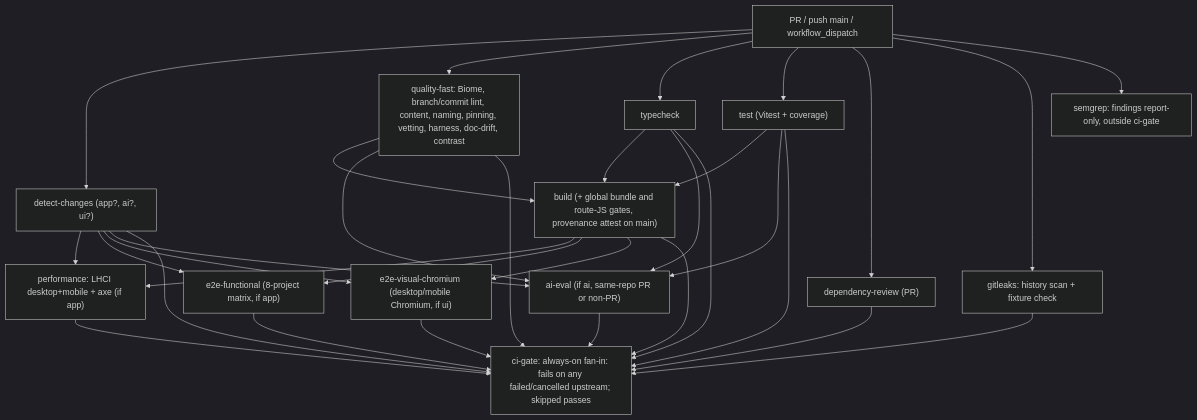
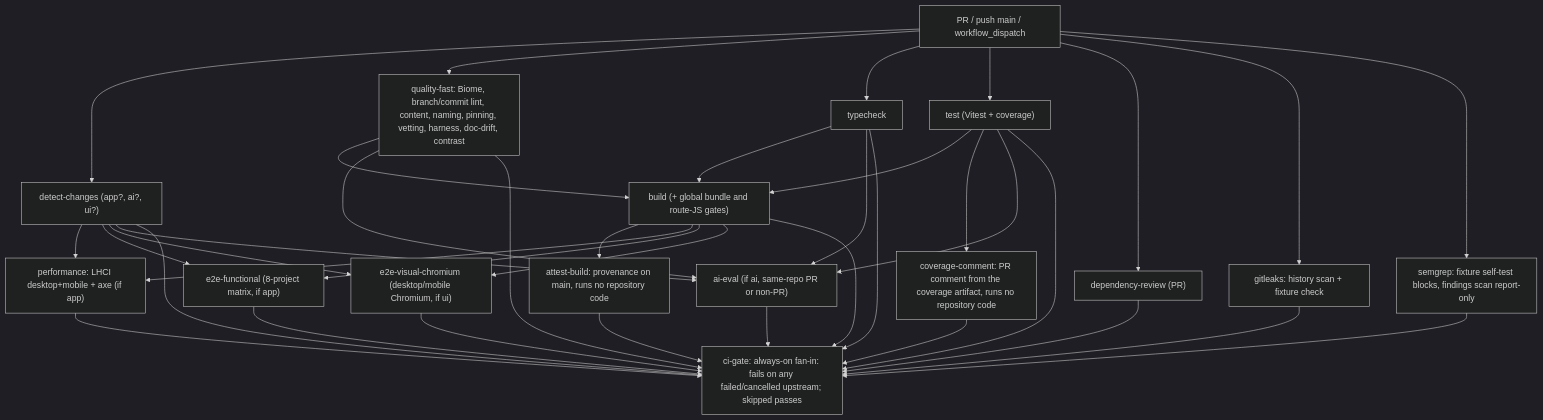
One commit to erikunha/portfolio changed the third of 5 diagrams in docs/07-workflows.md. Above: the diagram before and after it, drawn with Mermaid (dark theme). The commit also changed other lines of this file and 6 other files, not shown here.

First line of the commit message:
ci(workflows): gate on semgrep, split privileged scopes out of build and test, skip Dependabot eval

````diff
--- a/docs/07-workflows.md
+++ b/docs/07-workflows.md
@@ -141,35 +141,40 @@
 ```mermaid
 flowchart TD
     pr["PR / push main / workflow_dispatch"] --> dc["detect-changes (app?, ai?, ui?)"]
     pr --> qf["quality-fast: Biome, branch/commit lint, content, naming, pinning, vetting, harness, doc-drift, contrast"]
     pr --> tc["typecheck"]
     pr --> t["test (Vitest + coverage)"]
     pr --> dr["dependency-review (PR)"]
-    qf --> b["build (+ global bundle and route-JS gates, provenance attest on main)"]
+    qf --> b["build (+ global bundle and route-JS gates)"]
     tc --> b
     t --> b
+    b --> at["attest-build: provenance on main, runs no repository code"]
+    t --> cc["coverage-comment: PR comment from the coverage artifact, runs no repository code"]
     b --> perf["performance: LHCI desktop+mobile + axe (if app)"]
     b --> e2e["e2e-functional (8-project matrix, if app)"]
     b --> vis["e2e-visual-chromium (desktop/mobile Chromium, if ui)"]
     dc --> perf
     dc --> e2e
     dc --> vis
     dc --> ev["ai-eval (if ai, same-repo PR or non-PR)"]
     qf --> ev
     tc --> ev
     t --> ev
     pr --> secrets["gitleaks: history scan + fixture check"]
     secrets --> gate
-    pr --> semgrep["semgrep: findings report-only, outside ci-gate"]
+    pr --> semgrep["semgrep: fixture self-test blocks, findings scan report-only"]
+    semgrep --> gate
     dc --> gate
     qf --> gate
     tc --> gate
     t --> gate
     dr --> gate
     b --> gate
+    at --> gate
+    cc --> gate
     perf --> gate
     e2e --> gate
     vis --> gate
     ev --> gate
     gate["ci-gate: always-on fan-in: fails on any failed/cancelled upstream; skipped passes"]
 ```
````
